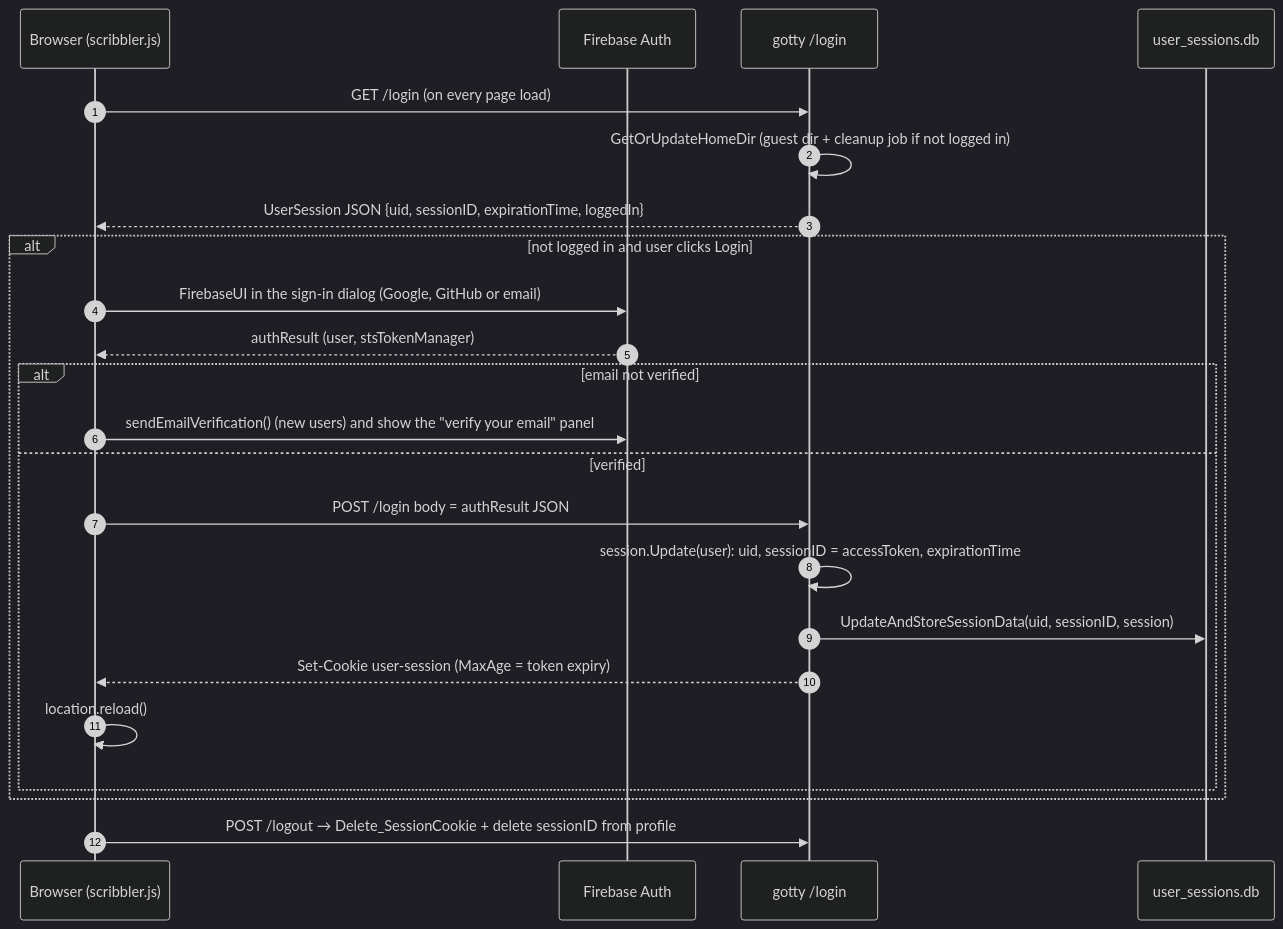
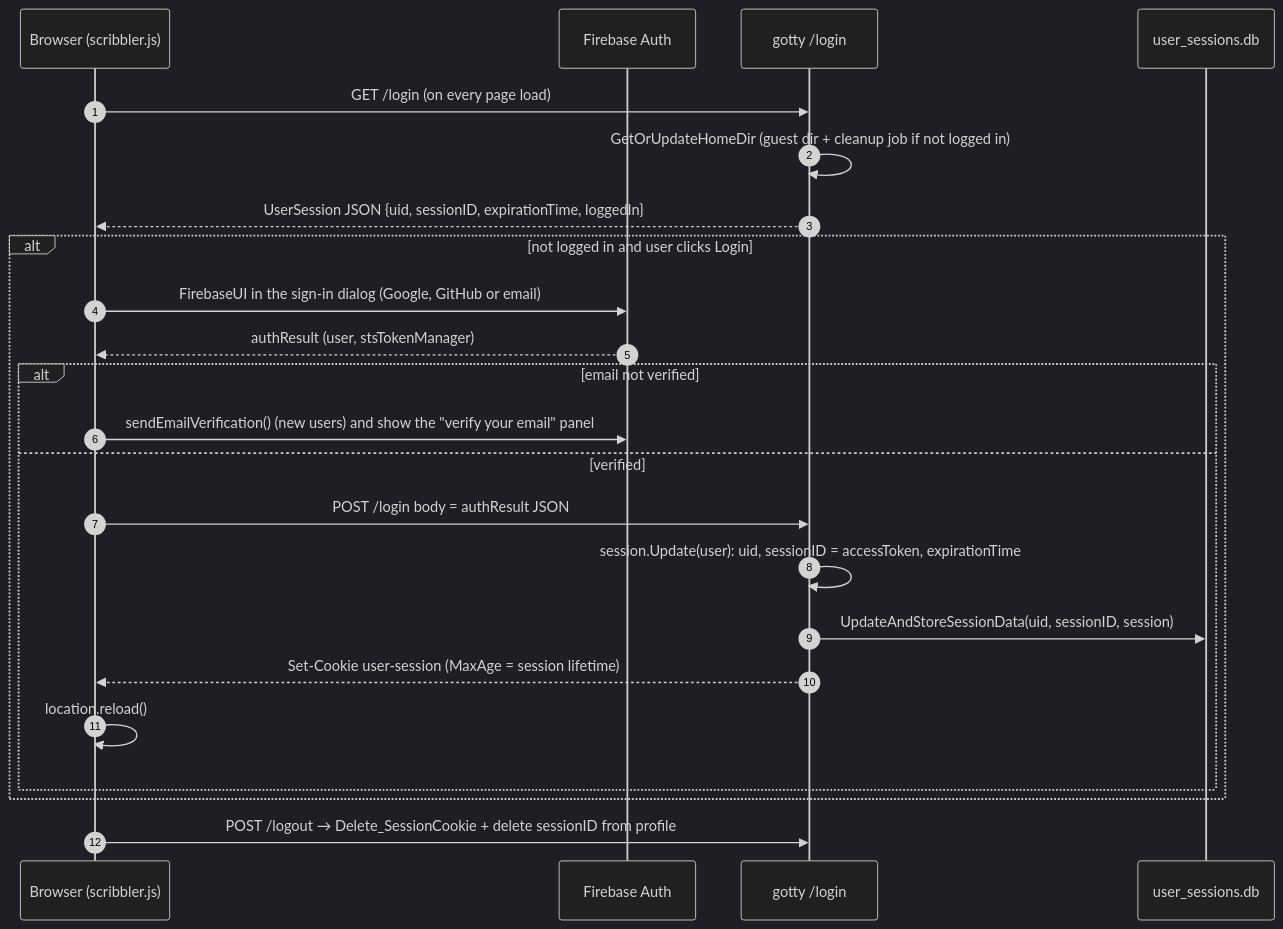
The first of 2 diagrams in docs/lld/05-auth-sessions-storage.md (vickeykumar/openrepl), drawn with Mermaid (dark theme) before and after one commit. The commit also changed other lines of this file and 38 other files, not shown here.

````diff
--- a/docs/lld/05-auth-sessions-storage.md
+++ b/docs/lld/05-auth-sessions-storage.md
@@ -9,25 +9,25 @@
 ```mermaid
 sequenceDiagram
     autonumber
     participant B as Browser (scribbler.js)
     participant FA as Firebase Auth
     participant S as gotty /login
     participant DB as user_sessions.db
     B->>S: GET /login (on every page load)
     S->>S: GetOrUpdateHomeDir (guest dir + cleanup job if not logged in)
     S-->>B: UserSession JSON {uid, sessionID, expirationTime, loggedIn}
     alt not logged in and user clicks Login
         B->>FA: FirebaseUI in the sign-in dialog (Google, GitHub or email)
         FA-->>B: authResult (user, stsTokenManager)
         alt email not verified
             B->>FA: sendEmailVerification() (new users) and show the "verify your email" panel
         else verified
             B->>S: POST /login  body = authResult JSON
             S->>S: session.Update(user): uid, sessionID = accessToken, expirationTime
             S->>DB: UpdateAndStoreSessionData(uid, sessionID, session)
-            S-->>B: Set-Cookie user-session (MaxAge = token expiry)
+            S-->>B: Set-Cookie user-session (MaxAge = session lifetime)
             B->>B: location.reload()
         end
     end
     B->>S: POST /logout → Delete_SessionCookie + delete sessionID from profile
 ```
````
